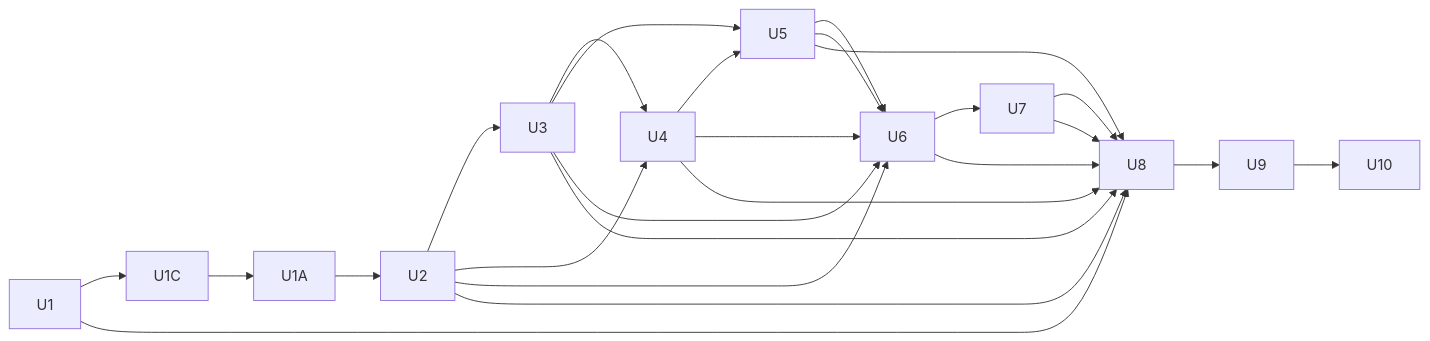
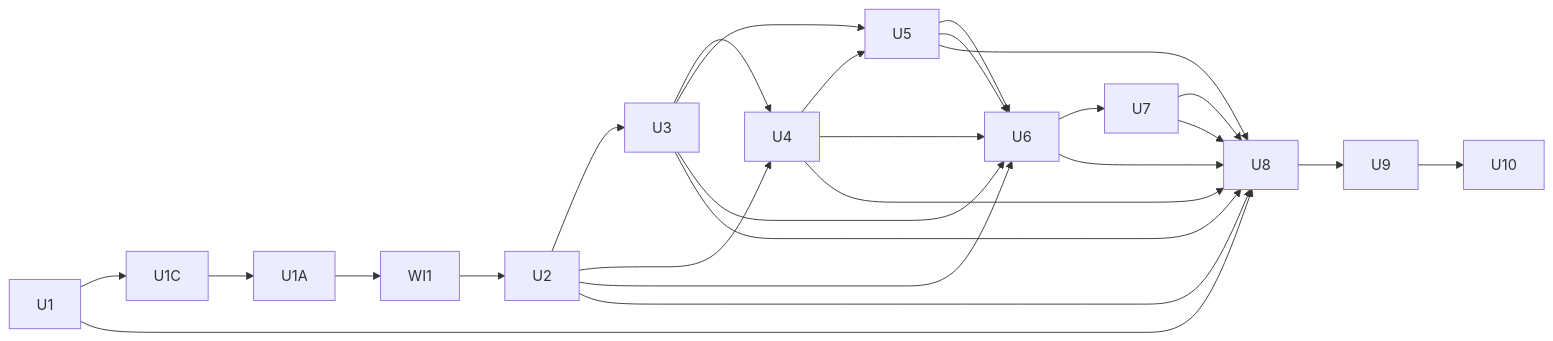
Before and after one commit to BrandonJF/mandem: the diagram in docs/plans/units/README.md, drawn with Mermaid. The commit also changed other lines of this file and 2 other files, not shown here.

Commit message:
docs: plan native issue graph reconciliation

````diff
--- a/docs/plans/units/README.md
+++ b/docs/plans/units/README.md
@@ -34,17 +34,17 @@
 ```mermaid
 flowchart LR
-  U1 --> U1C --> U1A --> U2 --> U3 --> U4 --> U5 --> U6 --> U7 --> U8 --> U9 --> U10
+  U1 --> U1C --> U1A --> WI1 --> U2 --> U3 --> U4 --> U5 --> U6 --> U7 --> U8 --> U9 --> U10
   U2 --> U4
   U3 --> U5
   U2 --> U6
   U3 --> U6
   U4 --> U6
   U5 --> U6
   U1 --> U8
   U2 --> U8
   U3 --> U8
   U4 --> U8
   U5 --> U8
   U6 --> U8
   U7 --> U8
 ```
````
